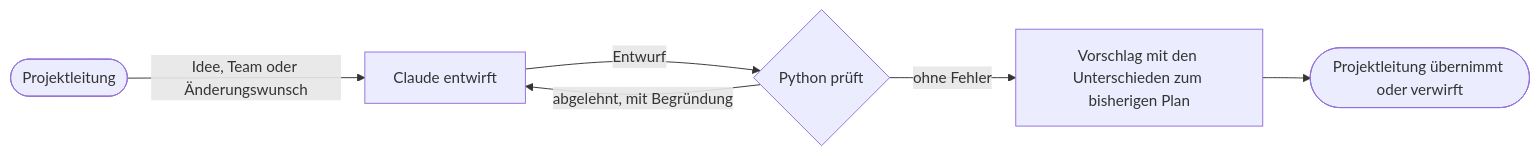
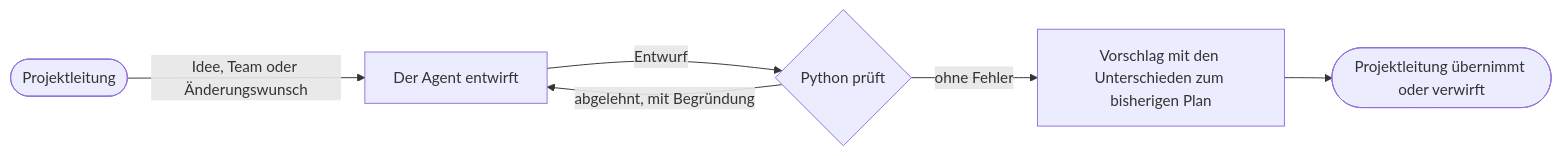
One commit to minglu-prime/KI-gestuetztes-Projektmanagement changed the first of 2 diagrams in README.md. Above: the diagram before and after it, drawn with Mermaid. The commit also changed other lines of this file and 34 other files, not shown here.

First line of the commit message:
feat(ui): the pages call the actor "der Agent", not "Claude"

````diff
--- a/README.md
+++ b/README.md
@@ -51,8 +51,8 @@
 ```mermaid
 flowchart LR
-    PL([Projektleitung]) -- Idee, Team oder Änderungswunsch --> C[Claude entwirft]
+    PL([Projektleitung]) -- Idee, Team oder Änderungswunsch --> C[Der Agent entwirft]
     C -- Entwurf --> P{Python prüft}
     P -- abgelehnt, mit Begründung --> C
     P -- ohne Fehler --> V[Vorschlag mit den Unterschieden zum bisherigen Plan]
     V --> E([Projektleitung übernimmt oder verwirft])
 ```
````
